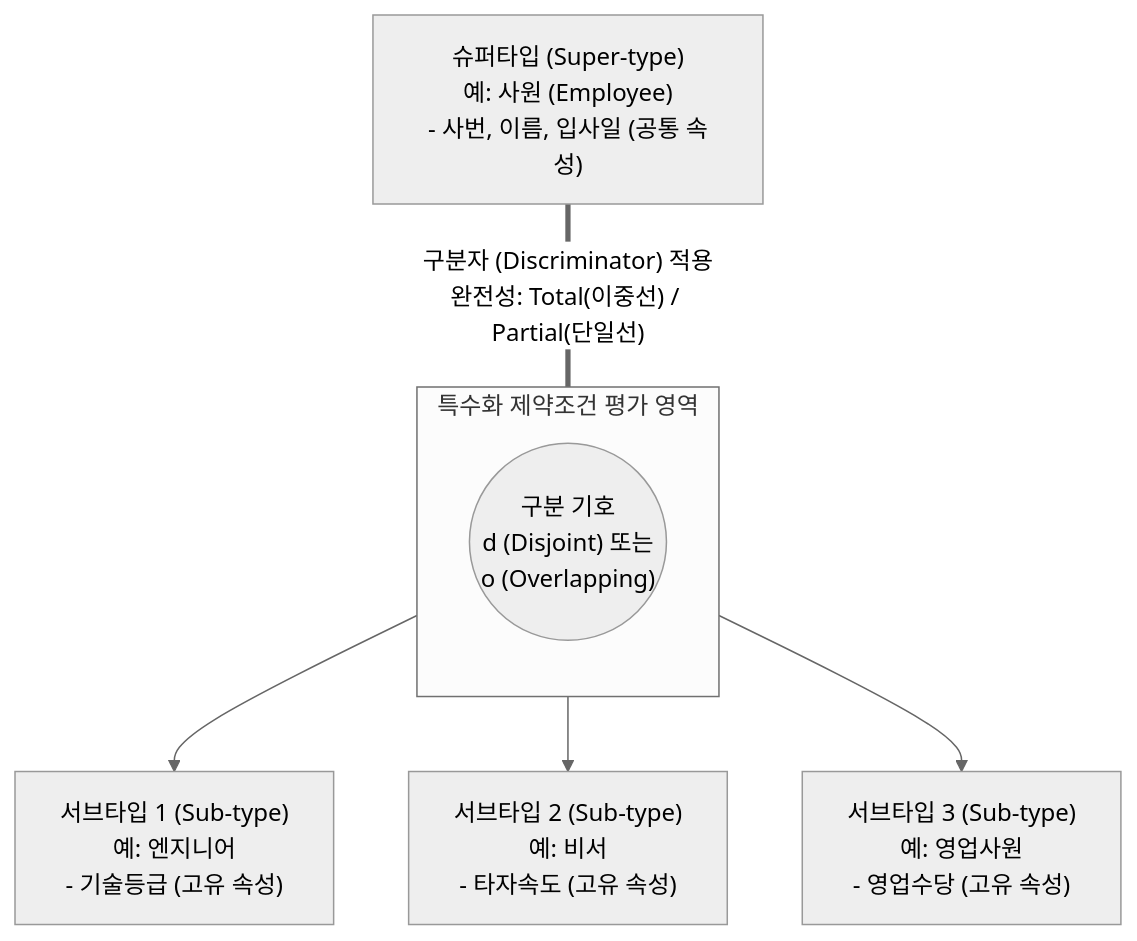
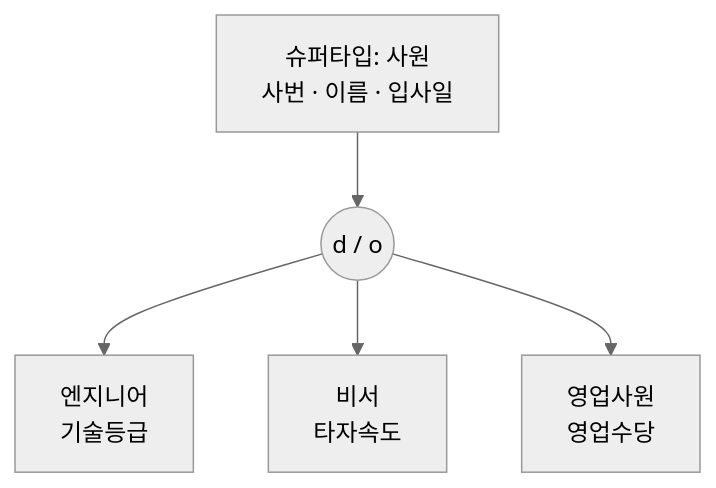
One commit to supremethumb/supremethumb.github.io changed the diagram in content/01_IT Tech/특수화.md. Above: the diagram before and after it, drawn with Mermaid (neutral theme). The commit also changed other lines of this file and 1087 other files, not shown here.

````diff
--- a/content/01_IT Tech/특수화.md
+++ b/content/01_IT Tech/특수화.md
@@ -28,19 +34,7 @@
 ```mermaid
-flowchart TD
-    Super["슈퍼타입 (Super-type)<br/>예: 사원 (Employee)<br/>- 사번, 이름, 입사일 (공통 속성)"]
-    
-    subgraph Specialization_Constraints ["특수화 제약조건 평가 영역"]
-        direction TB
-        Cond(("구분 기호<br/>d (Disjoint) 또는<br/>o (Overlapping)"))
-    end
-
-    Sub1["서브타입 1 (Sub-type)<br/>예: 엔지니어<br/>- 기술등급 (고유 속성)"]
-    Sub2["서브타입 2 (Sub-type)<br/>예: 비서<br/>- 타자속도 (고유 속성)"]
-    Sub3["서브타입 3 (Sub-type)<br/>예: 영업사원<br/>- 영업수당 (고유 속성)"]
-    
-    Super ===|"구분자 (Discriminator) 적용<br/>완전성: Total(이중선) / Partial(단일선)"| Cond
-    Cond --> Sub1
-    Cond --> Sub2
-    Cond --> Sub3
-
+flowchart TB
+    S["슈퍼타입: 사원<br/>사번 · 이름 · 입사일"] --> C(("d / o"))
+    C --> A["엔지니어<br/>기술등급"]
+    C --> B["비서<br/>타자속도"]
+    C --> E["영업사원<br/>영업수당"]
 ```
````
